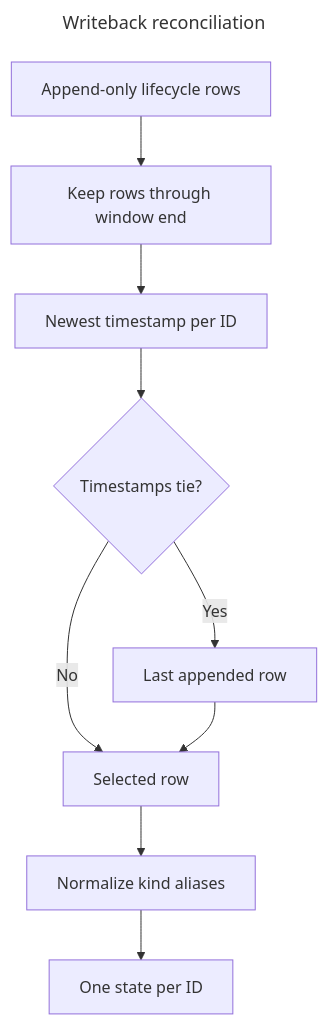
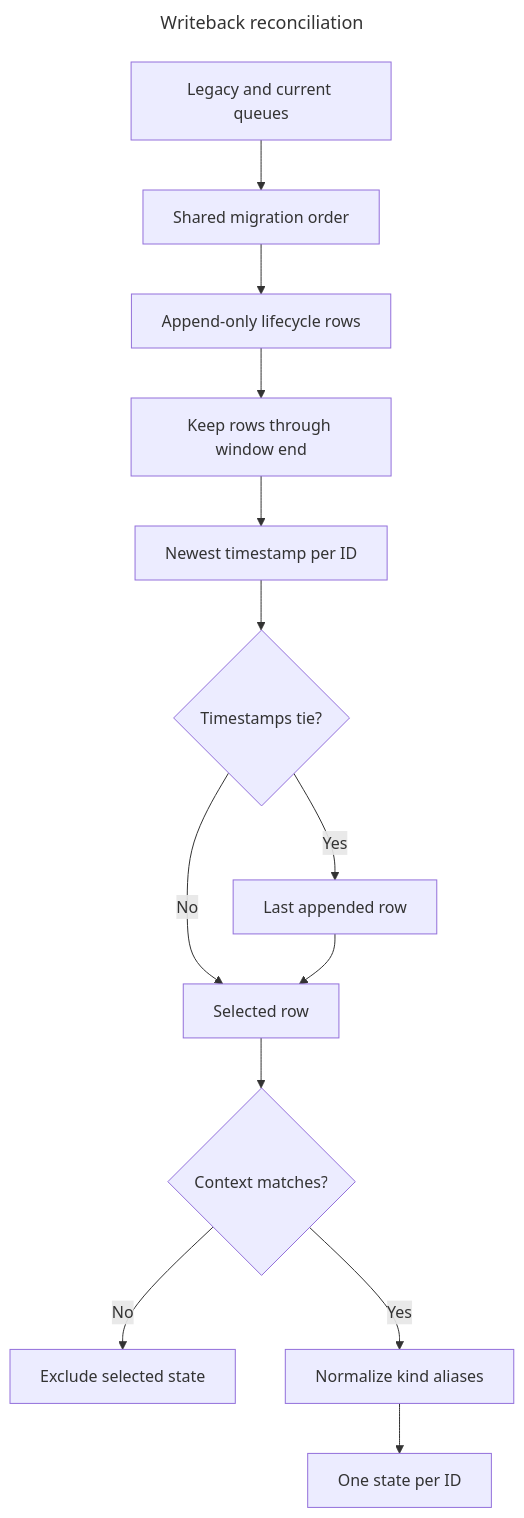
One commit to hack-dance/fclt changed the diagram in docs/diagrams/writeback-reconciliation.mmd. Above: the diagram before and after it, drawn with Mermaid. The commit also changed 7 other files, not shown here.

```diff
--- a/docs/diagrams/writeback-reconciliation.mmd
+++ b/docs/diagrams/writeback-reconciliation.mmd
@@ -1,12 +1,16 @@
 ---
 title: Writeback reconciliation
 ---
 flowchart TD
-  queue[Append-only lifecycle rows] --> window[Keep rows through window end]
+  paths[Legacy and current queues] --> order[Shared migration order]
+  order --> queue[Append-only lifecycle rows]
+  queue --> window[Keep rows through window end]
   window --> latest[Newest timestamp per ID]
   latest --> tie{Timestamps tie?}
   tie -->|Yes| append[Last appended row]
   tie -->|No| selected[Selected row]
   append --> selected
-  selected --> kind[Normalize kind aliases]
+  selected --> context{Context matches?}
+  context -->|No| excluded[Exclude selected state]
+  context -->|Yes| kind[Normalize kind aliases]
   kind --> report[One state per ID]
```
